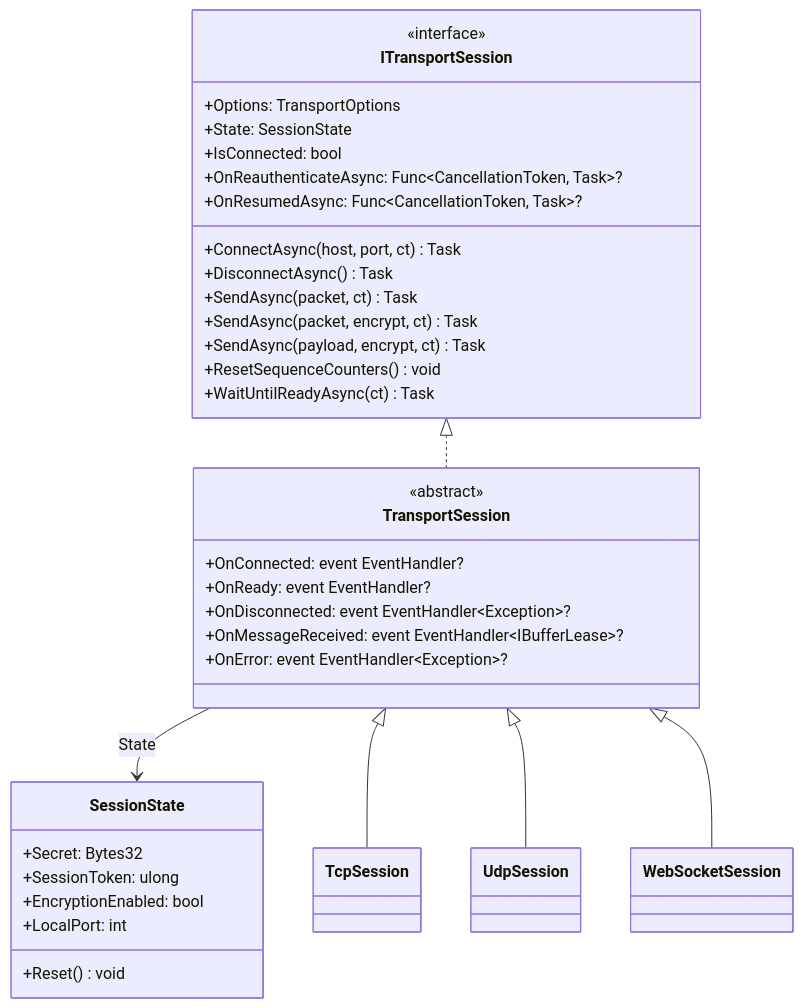
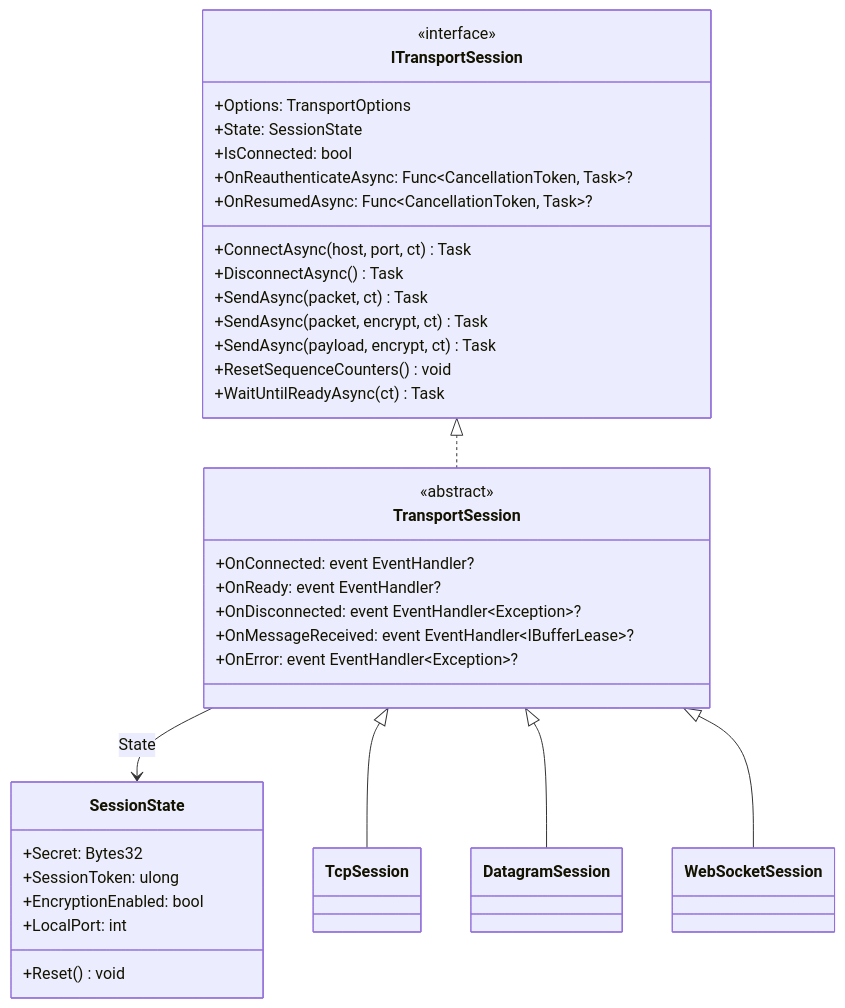
One commit to ppn-systems/nalix-docs changed the diagram in src/content/docs/en-us/api/sdk/transport-session.md. Above: the diagram before and after it, drawn with Mermaid. The commit also changed other lines of this file and 257 other files, not shown here.

````diff
--- a/src/content/docs/en-us/api/sdk/transport-session.md
+++ b/src/content/docs/en-us/api/sdk/transport-session.md
@@ -22,38 +22,38 @@
 ```mermaid
 classDiagram
     class ITransportSession {
         <<interface>>
         +Options: TransportOptions
         +State: SessionState
         +IsConnected: bool
         +OnReauthenticateAsync: Func~CancellationToken, Task~?
         +OnResumedAsync: Func~CancellationToken, Task~?
         +ConnectAsync(host, port, ct) Task
         +DisconnectAsync() Task
         +SendAsync(packet, ct) Task
         +SendAsync(packet, encrypt, ct) Task
         +SendAsync(payload, encrypt, ct) Task
         +ResetSequenceCounters() void
         +WaitUntilReadyAsync(ct) Task
     }
     class TransportSession {
         <<abstract>>
         +OnConnected: event EventHandler?
         +OnReady: event EventHandler?
         +OnDisconnected: event EventHandler~Exception~?
         +OnMessageReceived: event EventHandler~IBufferLease~?
         +OnError: event EventHandler~Exception~?
     }
     class SessionState {
         +Secret: Bytes32
         +SessionToken: ulong
         +EncryptionEnabled: bool
         +LocalPort: int
         +Reset() void
     }
     ITransportSession <|.. TransportSession
     TransportSession --> SessionState : State
     TransportSession <|-- TcpSession
-    TransportSession <|-- UdpSession
+    TransportSession <|-- DatagramSession
     TransportSession <|-- WebSocketSession
 ```
````
